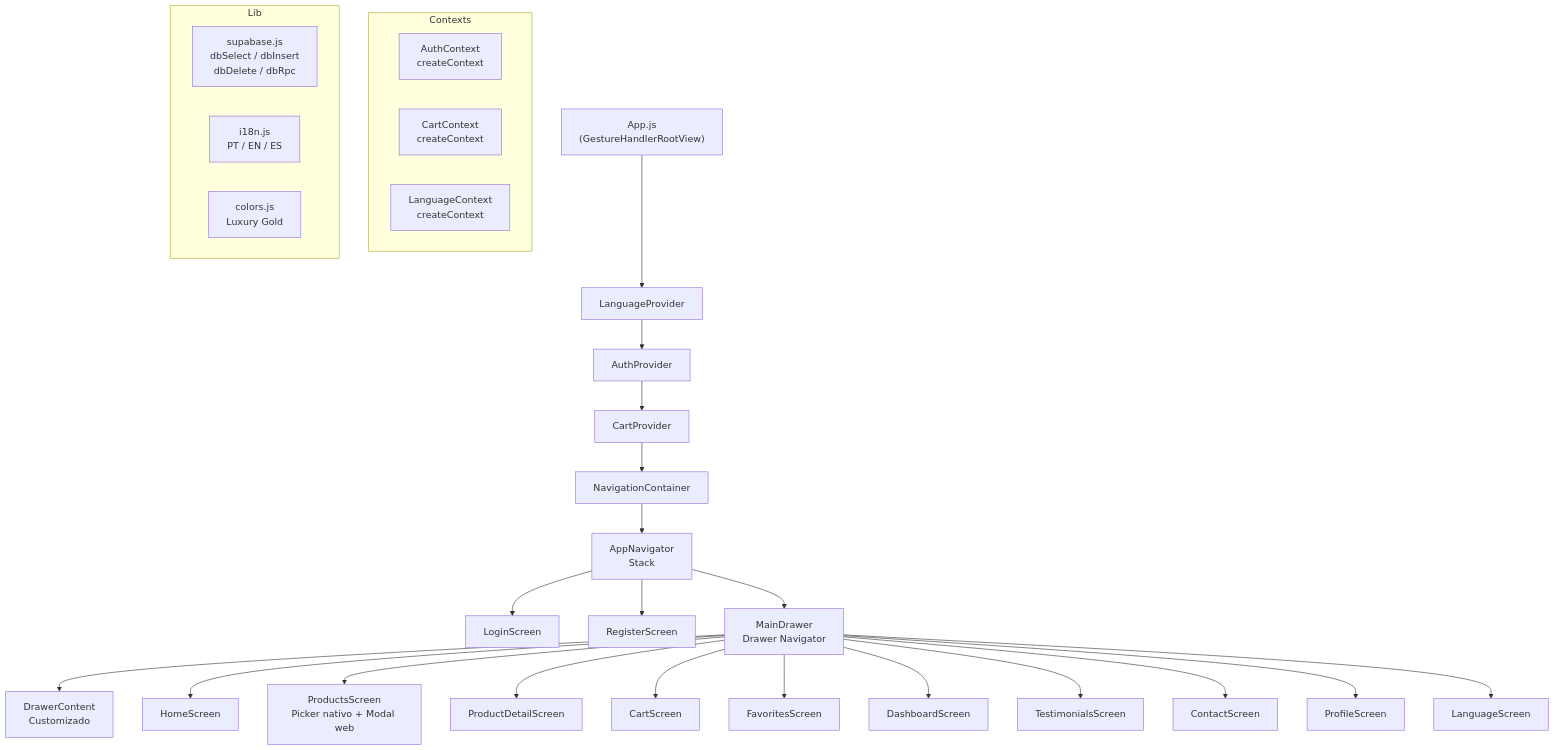
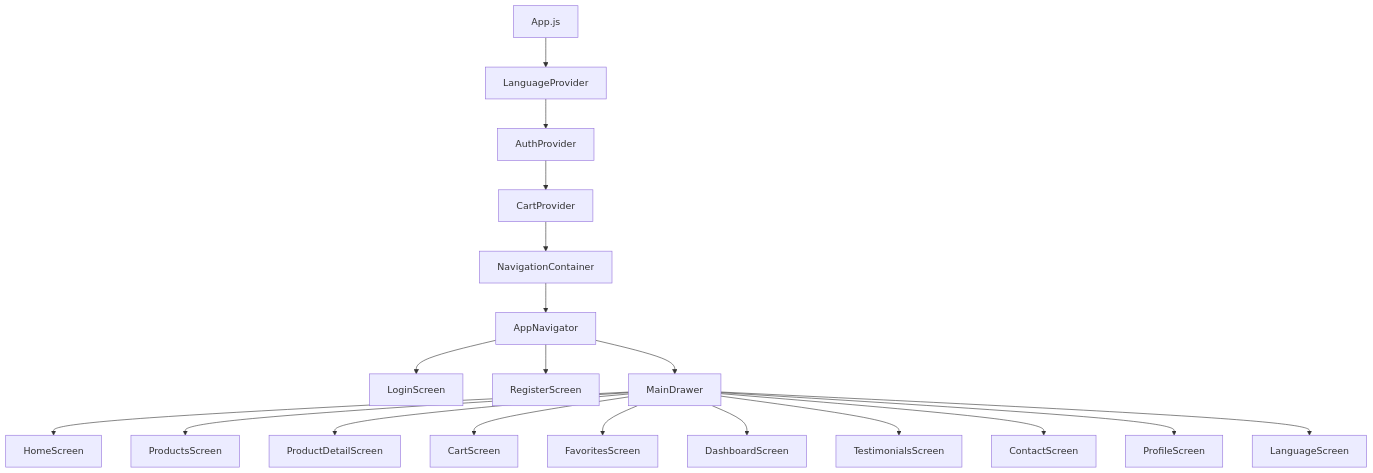
The third of 3 diagrams in README.md (Isllanrx/aurora-jewel-app), drawn with Mermaid before and after one commit. The commit also changed other lines of this file, not shown here.

````diff
--- a/README.md
+++ b/README.md
@@ -129,38 +107,25 @@
 ```mermaid
 graph TD
-    AppJS["App.js\n(GestureHandlerRootView)"]
+    AppJS["App.js"]
 
-    AppJS --> LP[LanguageProvider]
-    LP --> AP[AuthProvider]
-    AP --> CP[CartProvider]
-    CP --> NC[NavigationContainer]
-    NC --> AN[AppNavigator\nStack]
+    AppJS --> LanguageProvider
+    LanguageProvider --> AuthProvider
+    AuthProvider --> CartProvider
+    CartProvider --> NavigationContainer
+    NavigationContainer --> AppNavigator
 
-    AN --> LS[LoginScreen]
-    AN --> RS[RegisterScreen]
-    AN --> MD[MainDrawer\nDrawer Navigator]
+    AppNavigator --> LoginScreen
+    AppNavigator --> RegisterScreen
+    AppNavigator --> MainDrawer
 
-    MD --> DC[DrawerContent\nCustomizado]
-    MD --> HS[HomeScreen]
-    MD --> PS[ProductsScreen\nPicker nativo + Modal web]
-    MD --> PDS[ProductDetailScreen]
-    MD --> CS[CartScreen]
-    MD --> FS[FavoritesScreen]
-    MD --> DS[DashboardScreen]
-    MD --> TS[TestimonialsScreen]
-    MD --> COS[ContactScreen]
-    MD --> PRS[ProfileScreen]
-    MD --> LGS[LanguageScreen]
-
-    subgraph Contexts
-        AC[AuthContext\ncreateContext]
-        CC[CartContext\ncreateContext]
-        LC[LanguageContext\ncreateContext]
-    end
-
-    subgraph Lib
-        SB[supabase.js\ndbSelect / dbInsert\ndbDelete / dbRpc]
-        I18N[i18n.js\nPT / EN / ES]
-        CLR[colors.js\nLuxury Gold]
-    end
+    MainDrawer --> HomeScreen
+    MainDrawer --> ProductsScreen
+    MainDrawer --> ProductDetailScreen
+    MainDrawer --> CartScreen
+    MainDrawer --> FavoritesScreen
+    MainDrawer --> DashboardScreen
+    MainDrawer --> TestimonialsScreen
+    MainDrawer --> ContactScreen
+    MainDrawer --> ProfileScreen
+    MainDrawer --> LanguageScreen
 ```
````
